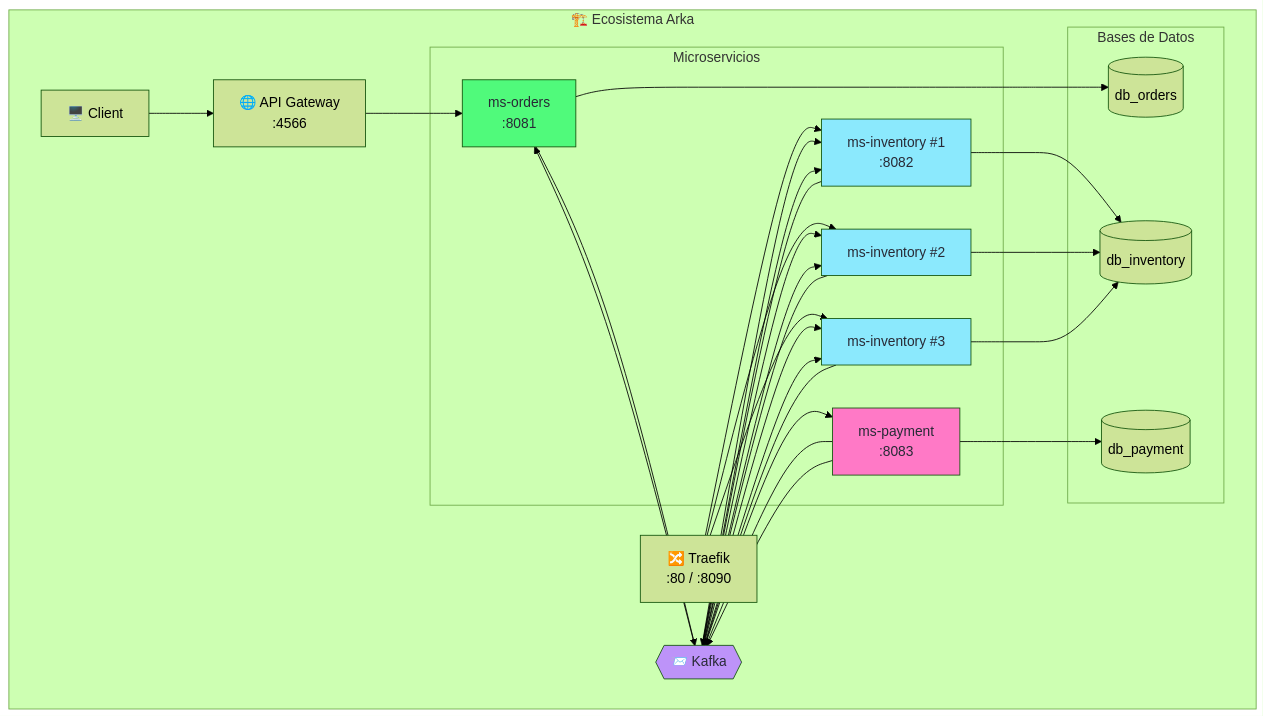
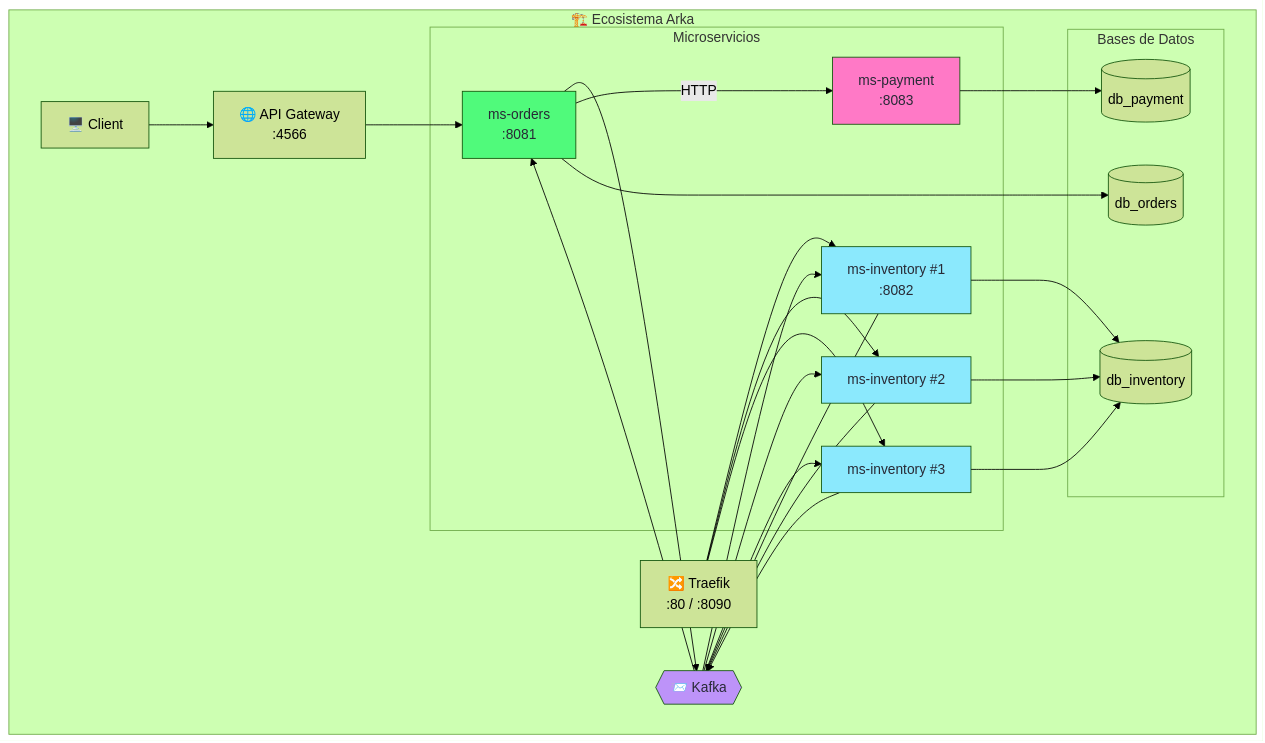
The first of 3 diagrams in lab_2_arka_microservicios_reactivos/docs/modulos/09-pruebas-e2e.md (ManuLasker/enyoi_java_slides), drawn with Mermaid (forest theme) before and after one commit. The commit also changed other lines of this file and 2 other files, not shown here.

````diff
--- a/lab_2_arka_microservicios_reactivos/docs/modulos/09-pruebas-e2e.md
+++ b/lab_2_arka_microservicios_reactivos/docs/modulos/09-pruebas-e2e.md
@@ -19,42 +19,41 @@
 ```mermaid
 flowchart TB
     subgraph "🏗️ Ecosistema Arka"
         Client[🖥️ Client]
         APIGW[🌐 API Gateway<br>:4566]
         T[🔀 Traefik<br>:80 / :8090]
 
         subgraph "Microservicios"
             O[ms-orders<br>:8081]
             I1[ms-inventory #1<br>:8082]
             I2[ms-inventory #2]
             I3[ms-inventory #3]
             P[ms-payment<br>:8083]
         end
 
         K{{📨 Kafka}}
 
         subgraph "Bases de Datos"
             DB1[(db_orders)]
             DB2[(db_inventory)]
             DB3[(db_payment)]
         end
     end
 
     Client --> APIGW --> O
     T --> I1 & I2 & I3
     O --> K --> I1 & I2 & I3
-    I1 & I2 & I3 --> K --> P
-    P --> K --> O
-    P --> K --> I1 & I2 & I3
+    I1 & I2 & I3 --> K --> O
+    O -->|HTTP| P
 
     O --> DB1
     I1 & I2 & I3 --> DB2
     P --> DB3
 
     style O fill:#50fa7b,color:#282a36
     style I1 fill:#8be9fd,color:#282a36
     style I2 fill:#8be9fd,color:#282a36
     style I3 fill:#8be9fd,color:#282a36
     style P fill:#ff79c6,color:#282a36
     style K fill:#bd93f9,color:#282a36
 ```
````
